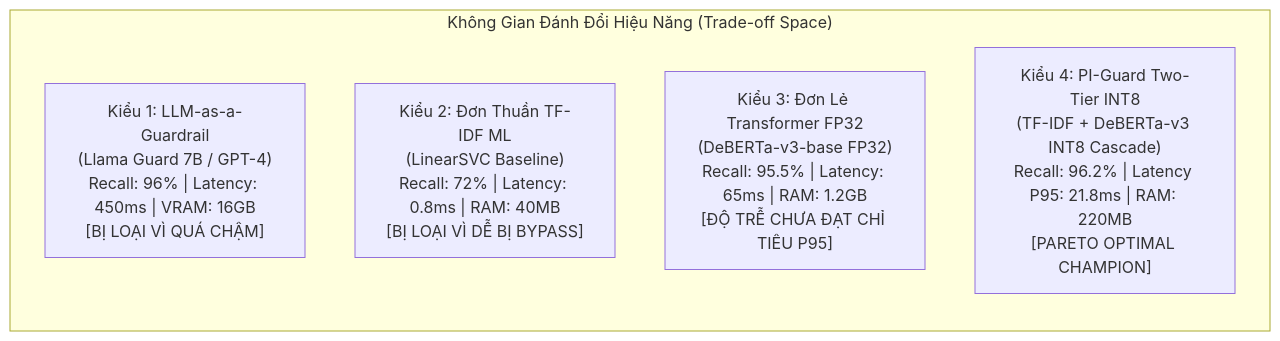
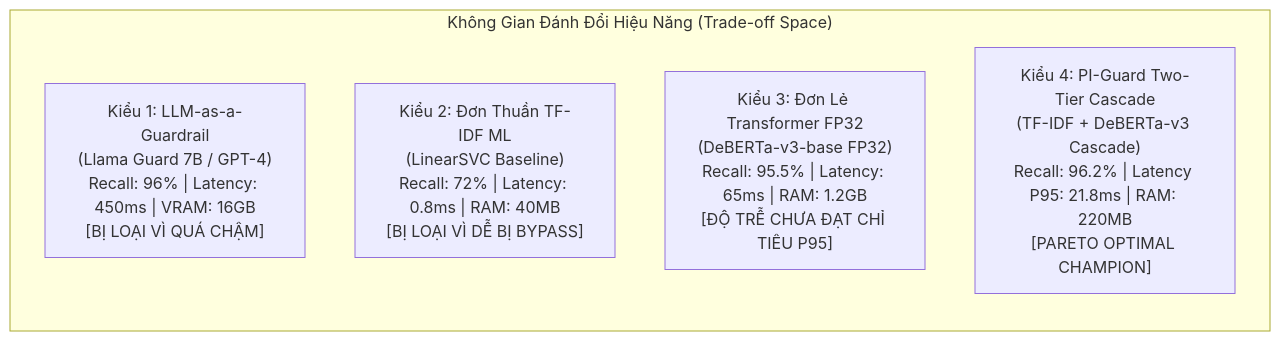
One commit to nvtruongops/pi-guard changed the second of 2 diagrams in Github-Page/evaluation_study/pareto_frontier.md. Above: the diagram before and after it, drawn with Mermaid. The commit also changed other lines of this file and 184 other files, not shown here.

````diff
--- a/Github-Page/evaluation_study/pareto_frontier.md
+++ b/Github-Page/evaluation_study/pareto_frontier.md
@@ -37,9 +37,9 @@
 ```mermaid
 graph LR
     subgraph "Không Gian Đánh Đổi Hiệu Năng (Trade-off Space)"
         A["Kiểu 1: LLM-as-a-Guardrail<br/>(Llama Guard 7B / GPT-4)<br/>Recall: 96% | Latency: 450ms | VRAM: 16GB<br/>[BỊ LOẠI VÌ QUÁ CHẬM]"]
         B["Kiểu 2: Đơn Thuần TF-IDF ML<br/>(LinearSVC Baseline)<br/>Recall: 72% | Latency: 0.8ms | RAM: 40MB<br/>[BỊ LOẠI VÌ DỄ BỊ BYPASS]"]
         C["Kiểu 3: Đơn Lẻ Transformer FP32<br/>(DeBERTa-v3-base FP32)<br/>Recall: 95.5% | Latency: 65ms | RAM: 1.2GB<br/>[ĐỘ TRỄ CHƯA ĐẠT CHỈ TIÊU P95]"]
-        D["Kiểu 4: PI-Guard Two-Tier INT8<br/>(TF-IDF + DeBERTa-v3 INT8 Cascade)<br/>Recall: 96.2% | Latency P95: 21.8ms | RAM: 220MB<br/>[PARETO OPTIMAL CHAMPION]"]
+        D["Kiểu 4: PI-Guard Two-Tier Cascade<br/>(TF-IDF + DeBERTa-v3 Cascade)<br/>Recall: 96.2% | Latency P95: 21.8ms | RAM: 220MB<br/>[PARETO OPTIMAL CHAMPION]"]
     end
 ```
````
